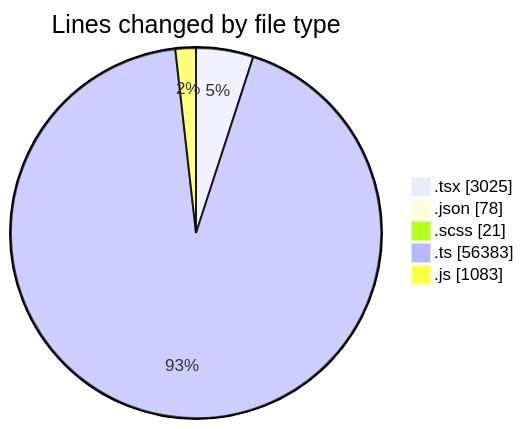
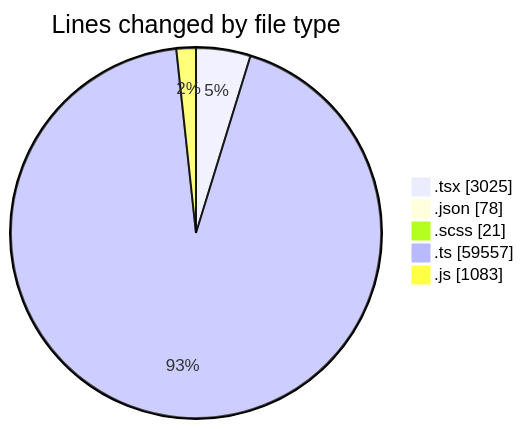
One commit to momahboobian/code-tracking changed the first of 2 diagrams in 2026-09-29/cda/README.md. Above: the diagram before and after it, drawn with Mermaid. The commit also changed other lines of this file and 1 other file, not shown here.

````diff
--- a/2026-09-29/cda/README.md
+++ b/2026-09-29/cda/README.md
@@ -46,9 +48,9 @@
 ```mermaid
 pie showData
 title Lines changed by file type
 ".tsx" : 3025
 ".json" : 78
 ".scss" : 21
-".ts" : 56383
+".ts" : 59557
 ".js" : 1083
 ```
````
